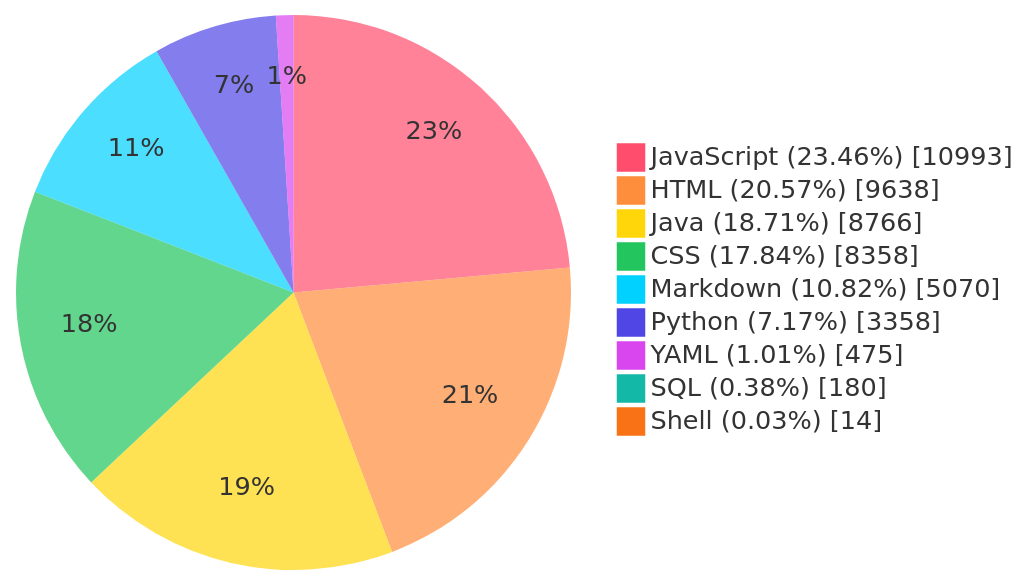
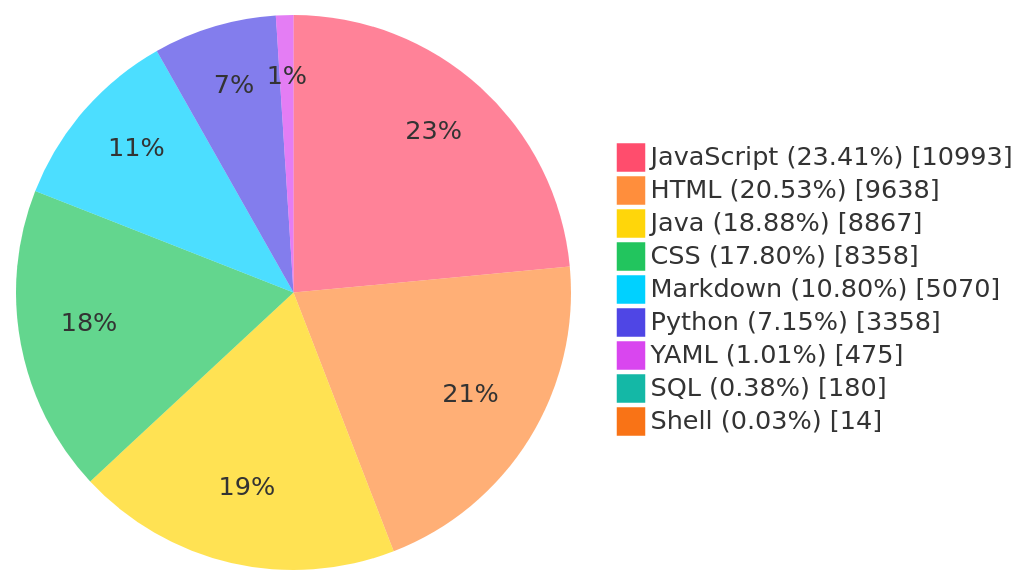
The diagram in README.md (TheBadRoger/BUCT-Teaching-Aids), drawn with Mermaid before and after one commit. The commit also changed other lines of this file and 2 other files, not shown here.

Commit message:
chore(stats): auto update README metrics

````diff
--- a/README.md
+++ b/README.md
@@ -40,28 +40,28 @@
 ```mermaid
 %%{init: {'theme':'base','themeVariables': {
   'fontFamily': 'Fira Code, JetBrains Mono, Source Code Pro, Cascadia Code, Menlo, Consolas, monospace',
   'pieStrokeColor': 'transparent',
   'pieStrokeWidth': '0px',
   'pieOuterStrokeWidth': '0px',
   'pie1': '#FF4D6D',
   'pie2': '#FF8E3C',
   'pie3': '#FFD60A',
   'pie4': '#22C55E',
   'pie5': '#00D1FF',
   'pie6': '#4F46E5',
   'pie7': '#D946EF',
   'pie8': '#14B8A6',
   'pie9': '#F97316',
   'pie10': '#A855F7'
 }}}%%
 pie showData
-    "JavaScript (23.46%)" : 10993
-    "HTML (20.57%)" : 9638
-    "Java (18.71%)" : 8766
-    "CSS (17.84%)" : 8358
-    "Markdown (10.82%)" : 5070
-    "Python (7.17%)" : 3358
+    "JavaScript (23.41%)" : 10993
+    "HTML (20.53%)" : 9638
+    "Java (18.88%)" : 8867
+    "CSS (17.80%)" : 8358
+    "Markdown (10.80%)" : 5070
+    "Python (7.15%)" : 3358
     "YAML (1.01%)" : 475
     "SQL (0.38%)" : 180
     "Shell (0.03%)" : 14
 ```
````
